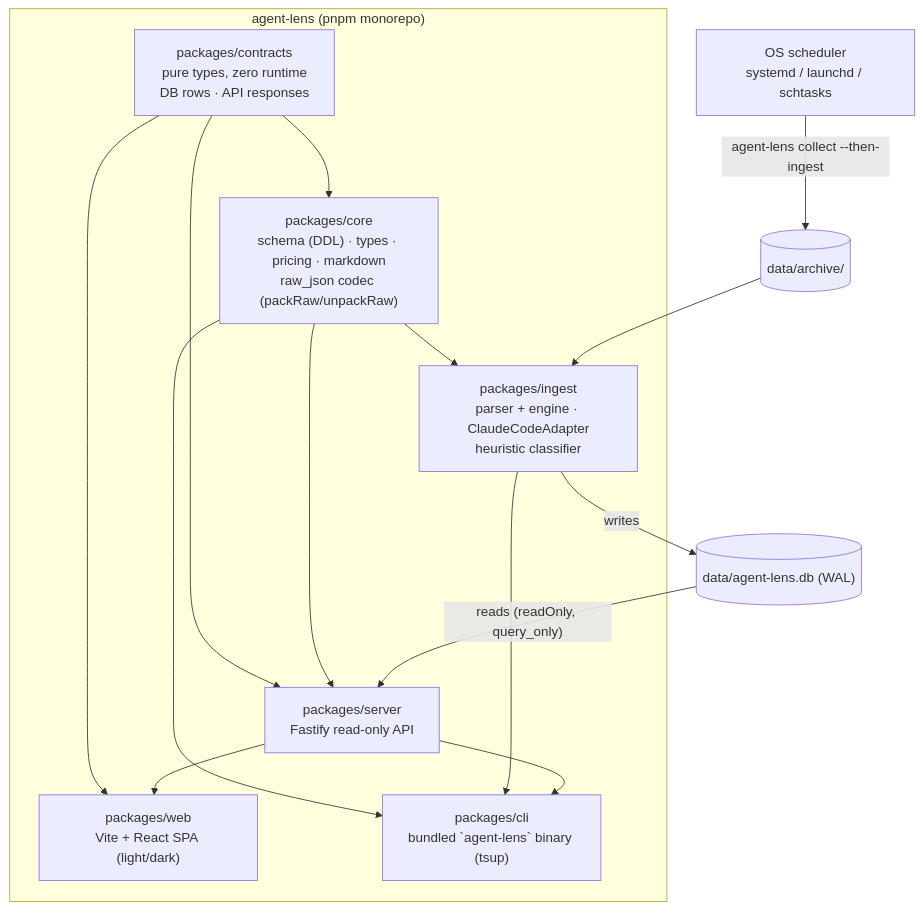
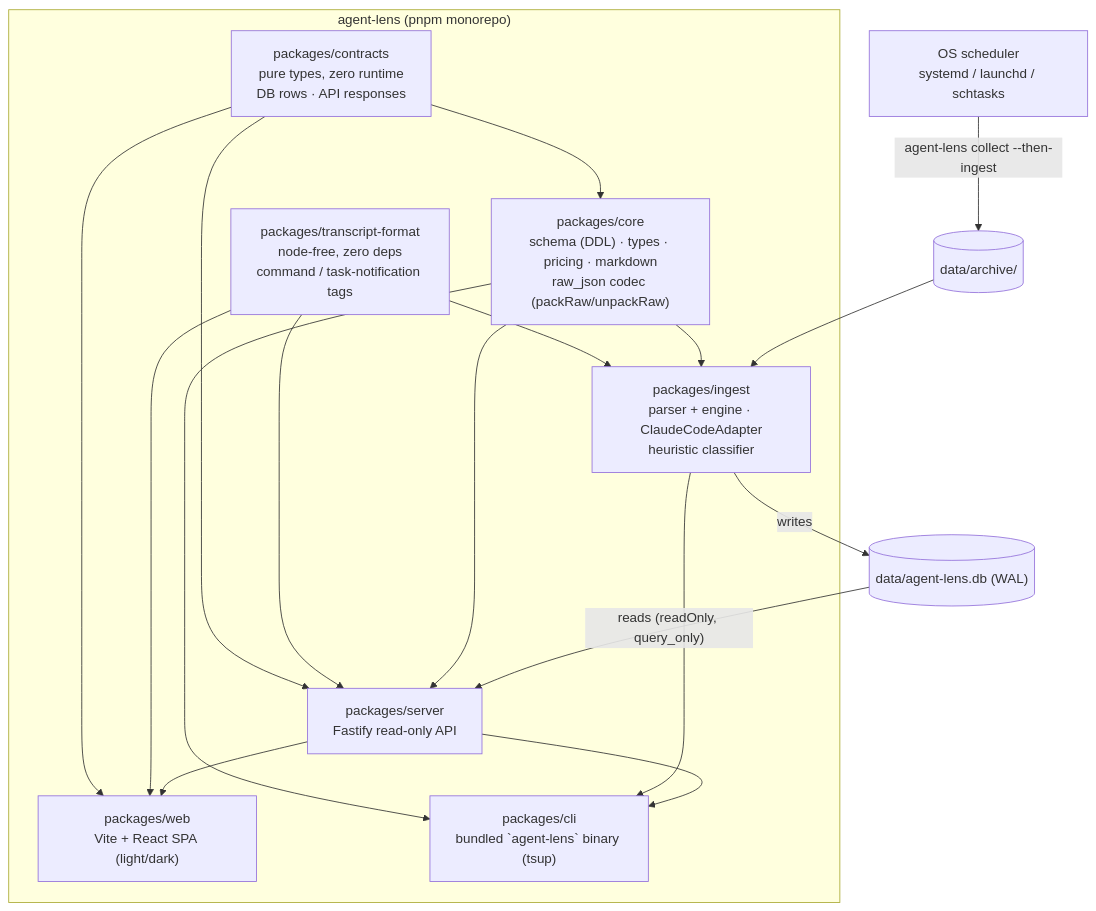
One commit to SWEStash/agent-lens changed the second of 4 diagrams in docs/ARCHITECTURE.md. Above: the diagram before and after it, drawn with Mermaid. The commit also changed other lines of this file and 27 other files, not shown here.

````diff
--- a/docs/ARCHITECTURE.md
+++ b/docs/ARCHITECTURE.md
@@ -29,28 +29,32 @@
 ```mermaid
 flowchart TB
   subgraph repo["agent-lens (pnpm monorepo)"]
     CONTRACTS["packages/contracts<br/>pure types, zero runtime<br/>DB rows · API responses"]
+    TFORMAT["packages/transcript-format<br/>node-free, zero deps<br/>command / task-notification tags"]
     CORE["packages/core<br/>schema (DDL) · types · pricing · markdown<br/>raw_json codec (packRaw/unpackRaw)"]
     INGEST["packages/ingest<br/>parser + engine · ClaudeCodeAdapter<br/>heuristic classifier"]
     SERVER["packages/server<br/>Fastify read-only API"]
     WEB["packages/web<br/>Vite + React SPA (light/dark)"]
     CLI["packages/cli<br/>bundled `agent-lens` binary (tsup)"]
   end
   ARCHIVE[("data/archive/")]
   DB[("data/agent-lens.db (WAL)")]
   SCHED["OS scheduler<br/>systemd / launchd / schtasks"]
 
   CONTRACTS --> CORE
   CONTRACTS --> SERVER
   CONTRACTS --> WEB
+  TFORMAT --> INGEST
+  TFORMAT --> SERVER
+  TFORMAT --> WEB
   CORE --> INGEST
   CORE --> SERVER
   CORE --> CLI
   INGEST --> CLI
   SERVER --> CLI
   SCHED -->|"agent-lens collect --then-ingest"| ARCHIVE
   ARCHIVE --> INGEST
   INGEST -->|"writes"| DB
   DB -->|"reads (readOnly, query_only)"| SERVER
   SERVER --> WEB
 ```
````
